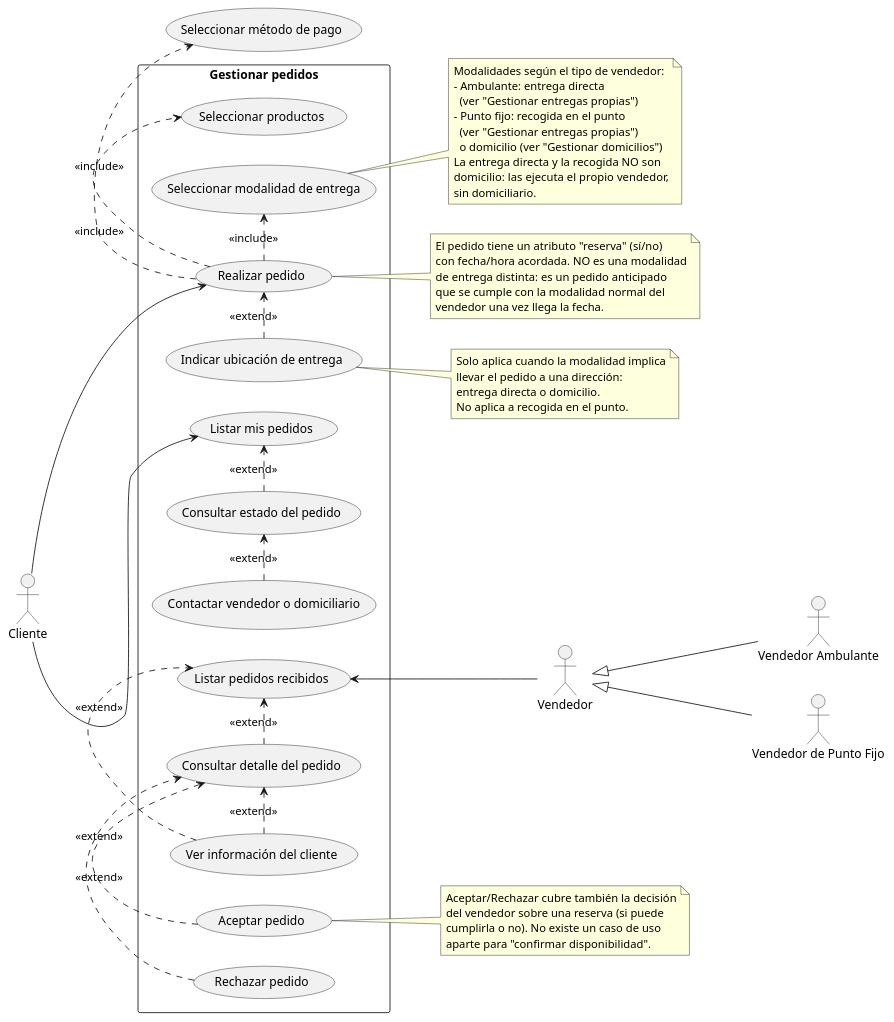
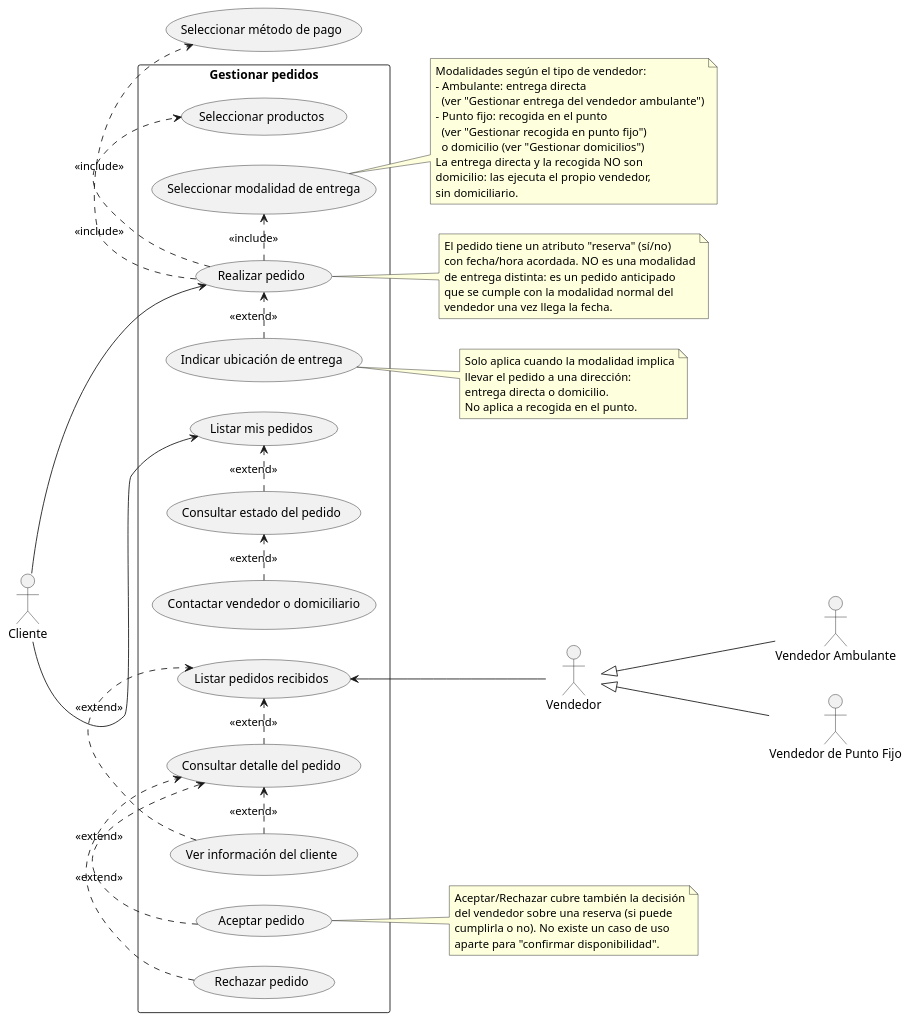
One commit to RAAR-18/napa changed the diagram in casos de uso/gestionar_pedidos.puml. Above: the diagram before and after it, drawn with PlantUML. The commit also changed 4 other files, not shown here.

```diff
--- a/casos de uso/gestionar_pedidos.puml
+++ b/casos de uso/gestionar_pedidos.puml
@@ -1,83 +1,83 @@
 @startuml
 
 left to right direction
 
 actor "Cliente" as c
 actor "Vendedor" as v
 actor "Vendedor Ambulante" as va
 actor "Vendedor de Punto Fijo" as vpf
 
 v <|-- va
 v <|-- vpf
 
 rectangle "Gestionar pedidos" {
     usecase "Realizar pedido" as UC1
     usecase "Seleccionar productos" as UC2
     usecase "Seleccionar modalidad de entrega" as UC3
     usecase "Indicar ubicación de entrega" as UC4
-    usecase "Listar mis pedidos" as UC6
-    usecase "Consultar estado del pedido" as UC7
-    usecase "Contactar vendedor o domiciliario" as UC8
-    usecase "Listar pedidos recibidos" as UC9
-    usecase "Consultar detalle del pedido" as UC10
-    usecase "Ver información del cliente" as UC11
-    usecase "Aceptar pedido" as UC12
-    usecase "Rechazar pedido" as UC13
+    usecase "Listar mis pedidos" as UC5
+    usecase "Consultar estado del pedido" as UC6
+    usecase "Contactar vendedor o domiciliario" as UC7
+    usecase "Listar pedidos recibidos" as UC8
+    usecase "Consultar detalle del pedido" as UC9
+    usecase "Ver información del cliente" as UC10
+    usecase "Aceptar pedido" as UC11
+    usecase "Rechazar pedido" as UC12
 }
 
-usecase "Seleccionar método de pago" as UC14
+usecase "Seleccionar método de pago" as UC13
 
 c --> UC1
-c --> UC6
+c --> UC5
 
-UC9 <-- v
+UC8 <-- v
 
 UC1 .> UC2 : <<include>>
 UC1 .> UC3 : <<include>>
-UC1 .> UC14 : <<include>>
+UC1 .> UC13 : <<include>>
 UC4 .> UC1 : <<extend>>
 
+UC6 .> UC5 : <<extend>>
 UC7 .> UC6 : <<extend>>
-UC8 .> UC7 : <<extend>>
 
+UC9 .> UC8 : <<extend>>
+UC10 .> UC8 : <<extend>>
 UC10 .> UC9 : <<extend>>
 UC11 .> UC9 : <<extend>>
-UC11 .> UC10 : <<extend>>
-UC12 .> UC10 : <<extend>>
-UC13 .> UC10 : <<extend>>
+UC12 .> UC9 : <<extend>>
 
 note right of UC1
   El pedido tiene un atributo "reserva" (sí/no)
   con fecha/hora acordada. NO es una modalidad
   de entrega distinta: es un pedido anticipado
   que se cumple con la modalidad normal del
   vendedor una vez llega la fecha.
 end note
 
-note right of UC12
+note right of UC11
   Aceptar/Rechazar cubre también la decisión
   del vendedor sobre una reserva (si puede
   cumplirla o no). No existe un caso de uso
   aparte para "confirmar disponibilidad".
 end note
 
 note right of UC3
   Modalidades según el tipo de vendedor:
   - Ambulante: entrega directa
-    (ver "Gestionar entregas propias")
+    (ver "Gestionar entrega del vendedor ambulante")
   - Punto fijo: recogida en el punto
-    (ver "Gestionar entregas propias")
+    (ver "Gestionar recogida en punto fijo")
     o domicilio (ver "Gestionar domicilios")
   La entrega directa y la recogida NO son
   domicilio: las ejecuta el propio vendedor,
   sin domiciliario.
 end note
 
 note right of UC4
   Solo aplica cuando la modalidad implica
   llevar el pedido a una dirección:
   entrega directa o domicilio.
   No aplica a recogida en el punto.
 end note
 
 @enduml
```
